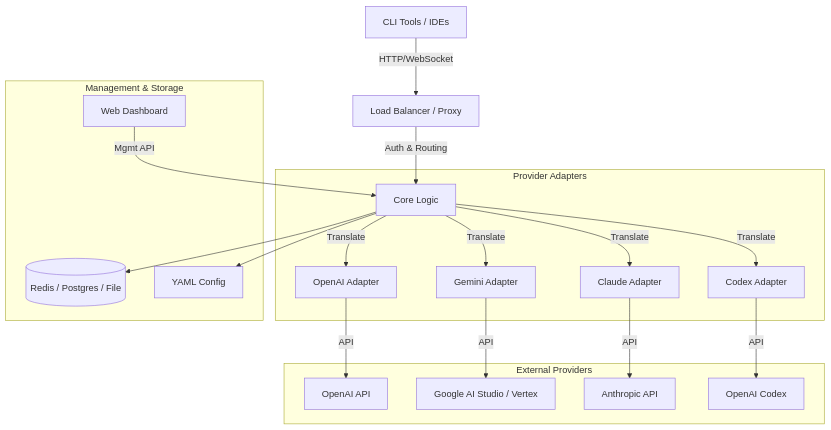
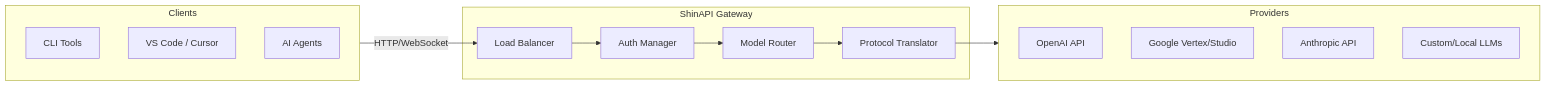
One commit to roshankhatrishin317-eng/ShinAPI changed the diagram in README.md. Above: the diagram before and after it, drawn with Mermaid. The commit also changed other lines of this file, not shown here.

````diff
--- a/README.md
+++ b/README.md
@@ -27,29 +61,28 @@
 ```mermaid
-graph TD
-    Client[CLI Tools / IDEs] -->|HTTP/WebSocket| LB[Load Balancer / Proxy]
-    LB -->|Auth & Routing| Core[Core Logic]
-    
-    subgraph "Provider Adapters"
-        Core -->|Translate| OpenAI[OpenAI Adapter]
-        Core -->|Translate| Gemini[Gemini Adapter]
-        Core -->|Translate| Claude[Claude Adapter]
-        Core -->|Translate| Codex[Codex Adapter]
+graph LR
+    subgraph Clients
+        Terminal[CLI Tools]
+        IDE[VS Code / Cursor]
+        Agent[AI Agents]
     end
-    
-    subgraph "External Providers"
-        OpenAI -->|API| OpenAI_API[OpenAI API]
-        Gemini -->|API| Google_API[Google AI Studio / Vertex]
-        Claude -->|API| Anthropic_API[Anthropic API]
-        Codex -->|API| Codex_API[OpenAI Codex]
+
+    subgraph "ShinAPI Gateway"
+        LB[Load Balancer]
+        Auth[Auth Manager]
+        Router[Model Router]
+        Translator[Protocol Translator]
     end
-    
-    subgraph "Management & Storage"
-        DB[(Redis / Postgres / File)]
-        Dashboard[Web Dashboard]
-        Config[YAML Config]
+
+    subgraph Providers
+        OpenAI[OpenAI API]
+        Google[Google Vertex/Studio]
+        Anthropic[Anthropic API]
+        Custom[Custom/Local LLMs]
     end
-    
-    Core --> DB
-    Dashboard -->|Mgmt API| Core
-    Core --> Config
+
+    Clients -->|HTTP/WebSocket| LB
+    LB --> Auth
+    Auth --> Router
+    Router --> Translator
+    Translator --> Providers
 ```
````
